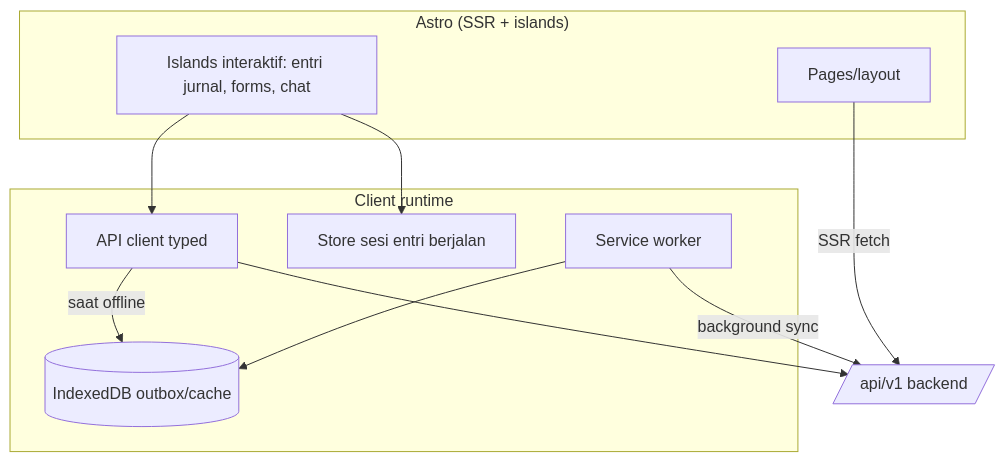
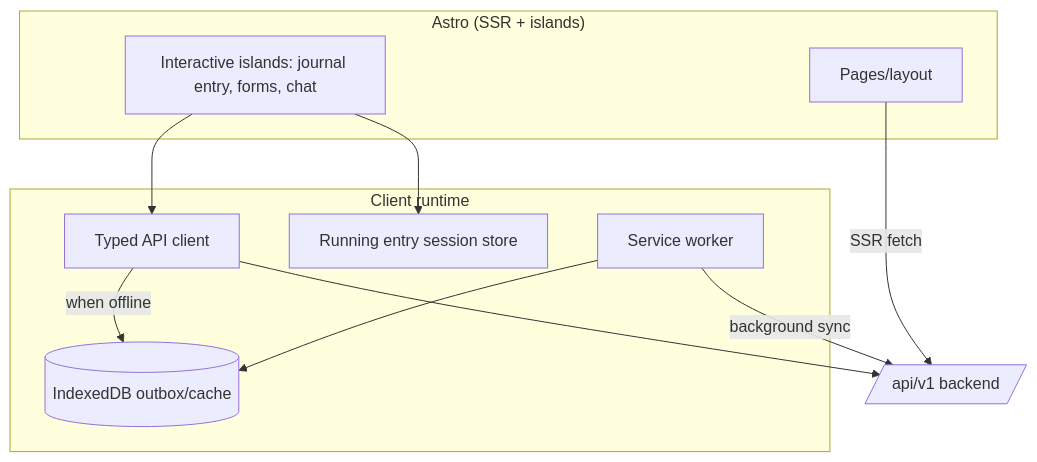
One commit to ahliweb/awcms changed the first of 3 diagrams in docs/awcms/15_frontend_architecture_integration.md. Above: the diagram before and after it, drawn with Mermaid. The commit also changed other lines of this file and 603 other files, not shown here.

````diff
--- a/docs/awcms/15_frontend_architecture_integration.md
+++ b/docs/awcms/15_frontend_architecture_integration.md
@@ -40,20 +42,20 @@
 ```mermaid
 flowchart TB
   subgraph Astro["Astro (SSR + islands)"]
     Pages[Pages/layout]
-    Islands[Islands interaktif: entri jurnal, forms, chat]
+    Islands[Interactive islands: journal entry, forms, chat]
   end
   subgraph FE["Client runtime"]
-    Client[API client typed]
-    Store[Store sesi entri berjalan]
+    Client[Typed API client]
+    Store[Running entry session store]
     SW[Service worker]
     IDB[(IndexedDB outbox/cache)]
   end
   API[/api/v1 backend/]
   Pages -->|SSR fetch| API
   Islands --> Client --> API
   Islands --> Store
-  Client -->|saat offline| IDB
+  Client -->|when offline| IDB
   SW --> IDB
   SW -->|background sync| API
 ```
````
